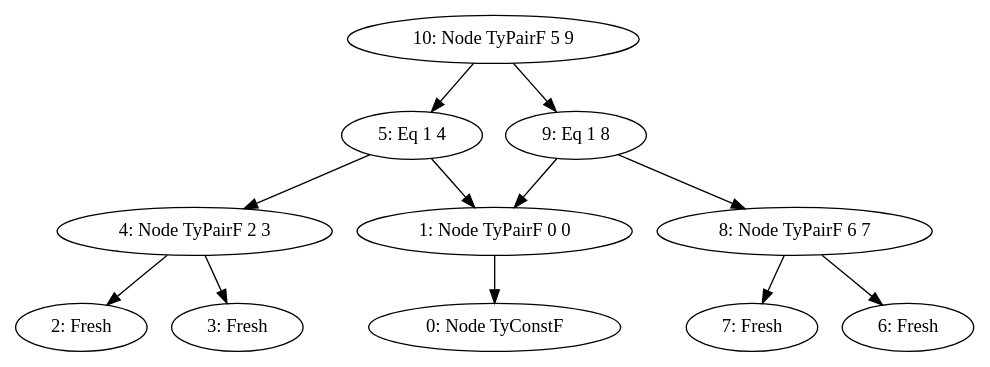
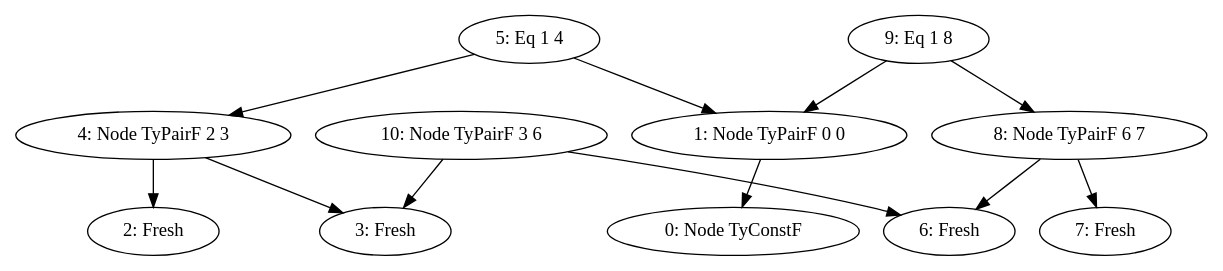
The diagram in dot/linear-initial.dot (ejconlon/uniter), drawn with Graphviz before and after one commit. The commit also changed 13 other files, not shown here.

```diff
--- a/dot/linear-initial.dot
+++ b/dot/linear-initial.dot
@@ -1,25 +1,25 @@
 digraph 
 {
   "0" [label="0: Node TyConstF"]
   "1" [label="1: Node TyPairF 0 0"]
   "2" [label="2: Fresh"]
   "3" [label="3: Fresh"]
   "4" [label="4: Node TyPairF 2 3"]
   "5" [label="5: Eq 1 4"]
   "6" [label="6: Fresh"]
   "7" [label="7: Fresh"]
   "8" [label="8: Node TyPairF 6 7"]
   "9" [label="9: Eq 1 8"]
-  "10" [label="10: Node TyPairF 5 9"]
+  "10" [label="10: Node TyPairF 3 6"]
   "1" -> "0"
   "4" -> "2"
   "4" -> "3"
   "5" -> "1"
   "5" -> "4"
   "8" -> "6"
   "8" -> "7"
   "9" -> "1"
   "9" -> "8"
-  "10" -> "5"
-  "10" -> "9"
+  "10" -> "3"
+  "10" -> "6"
 }
```
